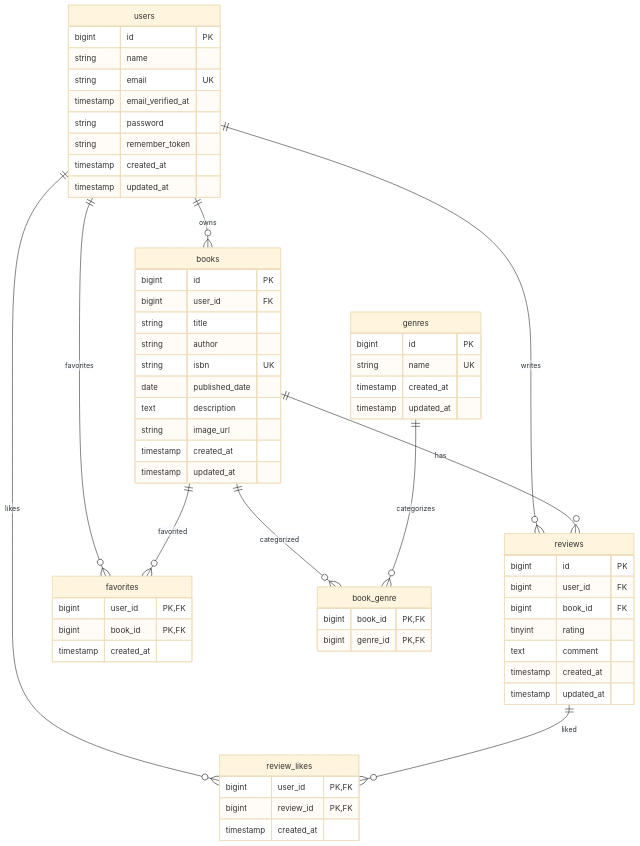
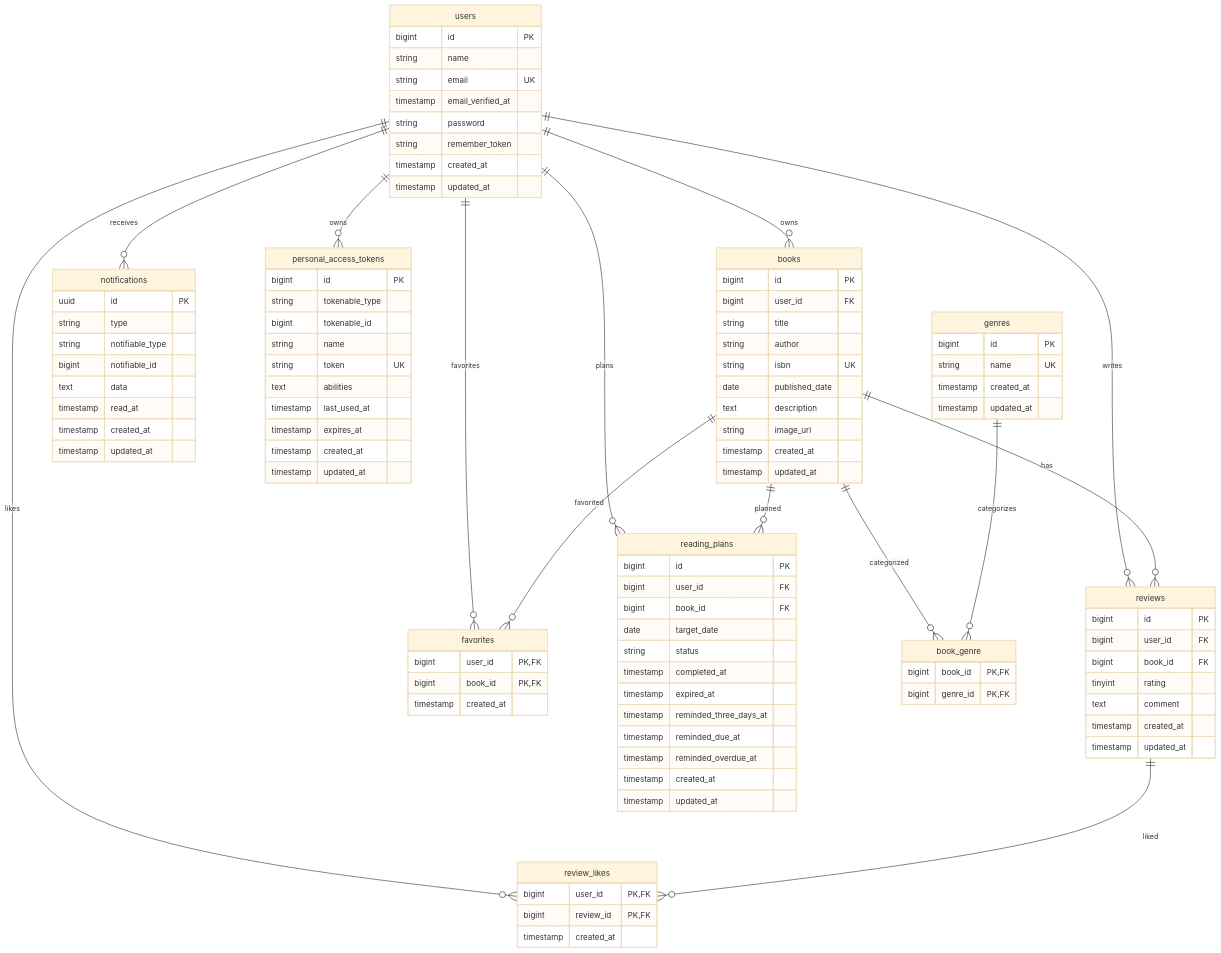
One commit to Takayama0422/Bookshelf changed the diagram in README.md. Above: the diagram before and after it, drawn with Mermaid (base theme). The commit also changed other lines of this file and 2 other files, not shown here.

````diff
--- a/README.md
+++ b/README.md
@@ -34,10 +42,14 @@
     users ||--o{ reviews : writes
     users ||--o{ favorites : favorites
     users ||--o{ review_likes : likes
+    users ||--o{ reading_plans : plans
+    users ||--o{ notifications : receives
+    users ||--o{ personal_access_tokens : owns
 
     books ||--o{ reviews : has
     books ||--o{ favorites : favorited
     books ||--o{ book_genre : categorized
+    books ||--o{ reading_plans : planned
 
     genres ||--o{ book_genre : categorizes
 
@@ -100,4 +112,43 @@
         bigint review_id PK, FK
         timestamp created_at
     }
+
+    reading_plans {
+        bigint id PK
+        bigint user_id FK
+        bigint book_id FK
+        date target_date
+        string status
+        timestamp completed_at
+        timestamp expired_at
+        timestamp reminded_three_days_at
+        timestamp reminded_due_at
+        timestamp reminded_overdue_at
+        timestamp created_at
+        timestamp updated_at
+    }
+
+    notifications {
+        uuid id PK
+        string type
+        string notifiable_type
+        bigint notifiable_id
+        text data
+        timestamp read_at
+        timestamp created_at
+        timestamp updated_at
+    }
+
+    personal_access_tokens {
+        bigint id PK
+        string tokenable_type
+        bigint tokenable_id
+        string name
+        string token UK
+        text abilities
+        timestamp last_used_at
+        timestamp expires_at
+        timestamp created_at
+        timestamp updated_at
+    }
 ```
````
